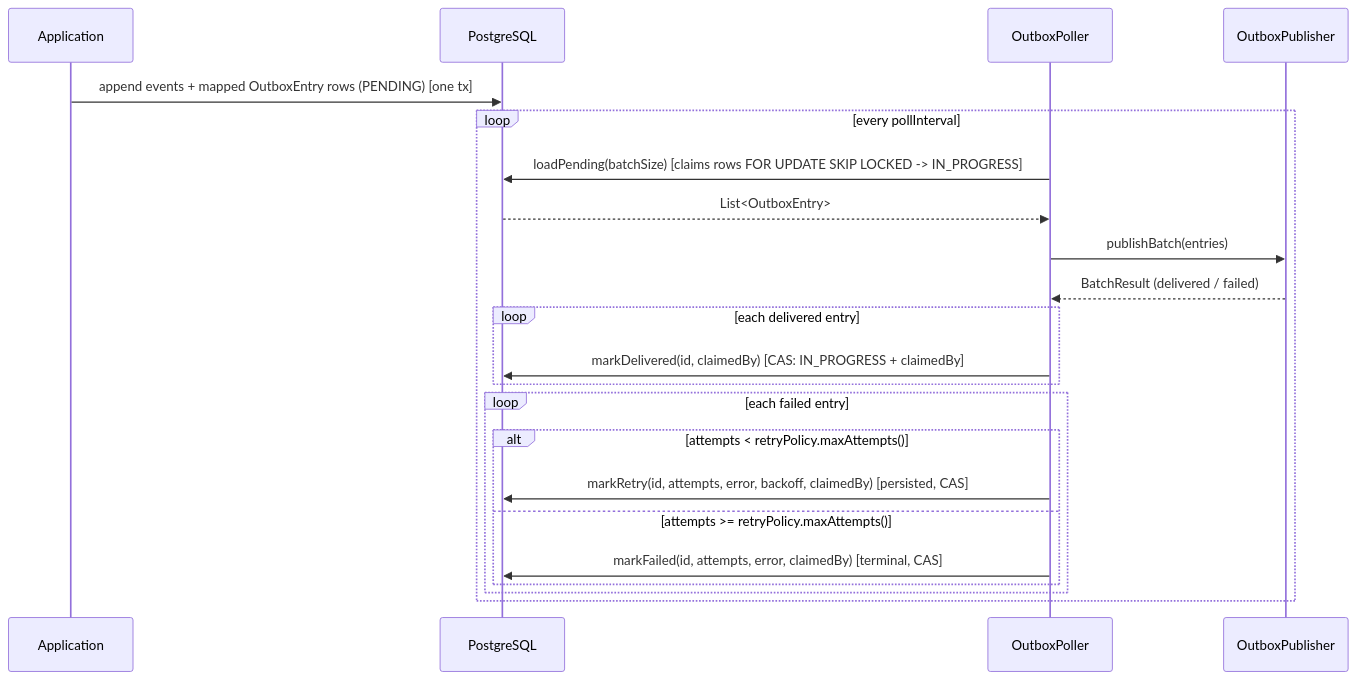
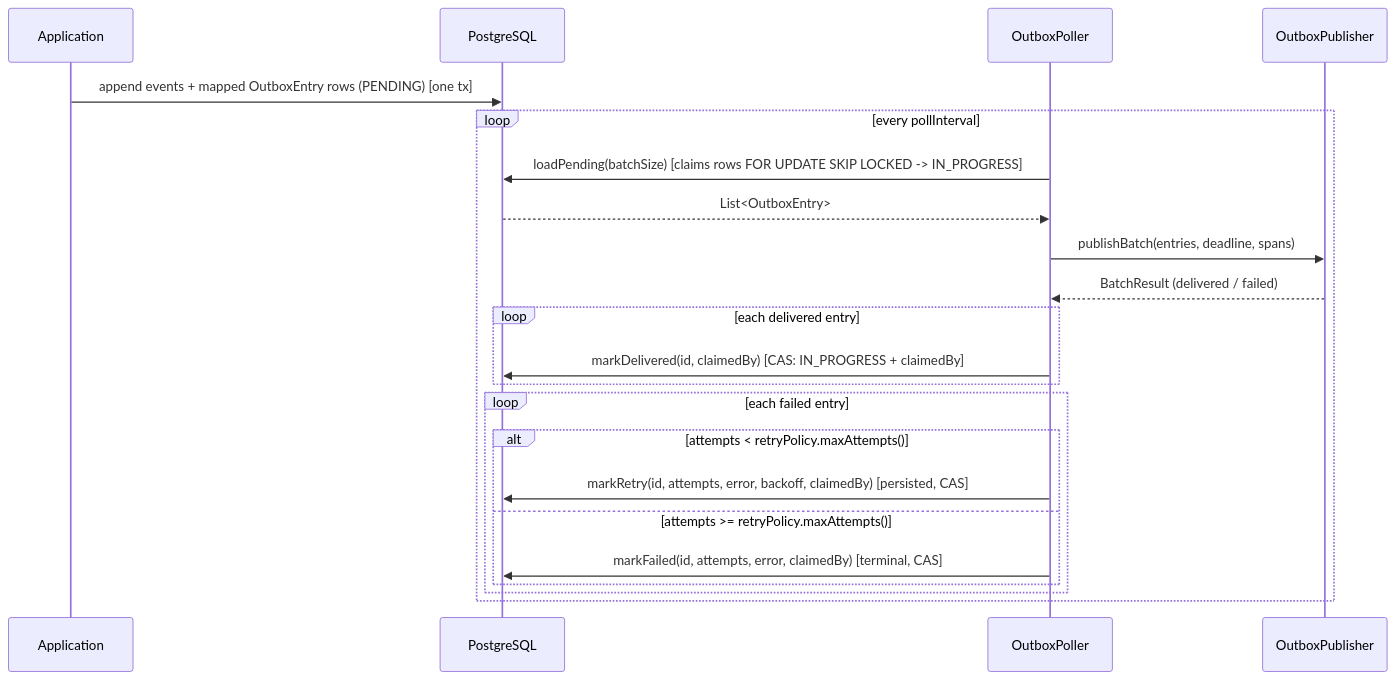
Before and after one commit to StreamRune/streamrune: the diagram in docs/guide/advanced/outbox.md, drawn with Mermaid. The commit also changed other lines of this file and 39 other files, not shown here.

First line of the commit message:
feat(tracing): spans for the event store, locks, the outbox and sagas; one publishBatch with a per-entry span hook (#101)

````diff
--- a/docs/guide/advanced/outbox.md
+++ b/docs/guide/advanced/outbox.md
@@ -33,25 +33,25 @@
 ```mermaid
 sequenceDiagram
     participant App as Application
     participant DB as PostgreSQL
     participant Poller as OutboxPoller
     participant Pub as OutboxPublisher
 
     App->>DB: append events + mapped OutboxEntry rows (PENDING) [one tx]
     loop every pollInterval
         Poller->>DB: loadPending(batchSize) [claims rows FOR UPDATE SKIP LOCKED -> IN_PROGRESS]
         DB-->>Poller: List<OutboxEntry>
-        Poller->>Pub: publishBatch(entries)
+        Poller->>Pub: publishBatch(entries, deadline, spans)
         Pub-->>Poller: BatchResult (delivered / failed)
         loop each delivered entry
             Poller->>DB: markDelivered(id, claimedBy) [CAS: IN_PROGRESS + claimedBy]
         end
         loop each failed entry
             alt attempts < retryPolicy.maxAttempts()
                 Poller->>DB: markRetry(id, attempts, error, backoff, claimedBy) [persisted, CAS]
             else attempts >= retryPolicy.maxAttempts()
                 Poller->>DB: markFailed(id, attempts, error, claimedBy) [terminal, CAS]
             end
         end
     end
 ```
````
